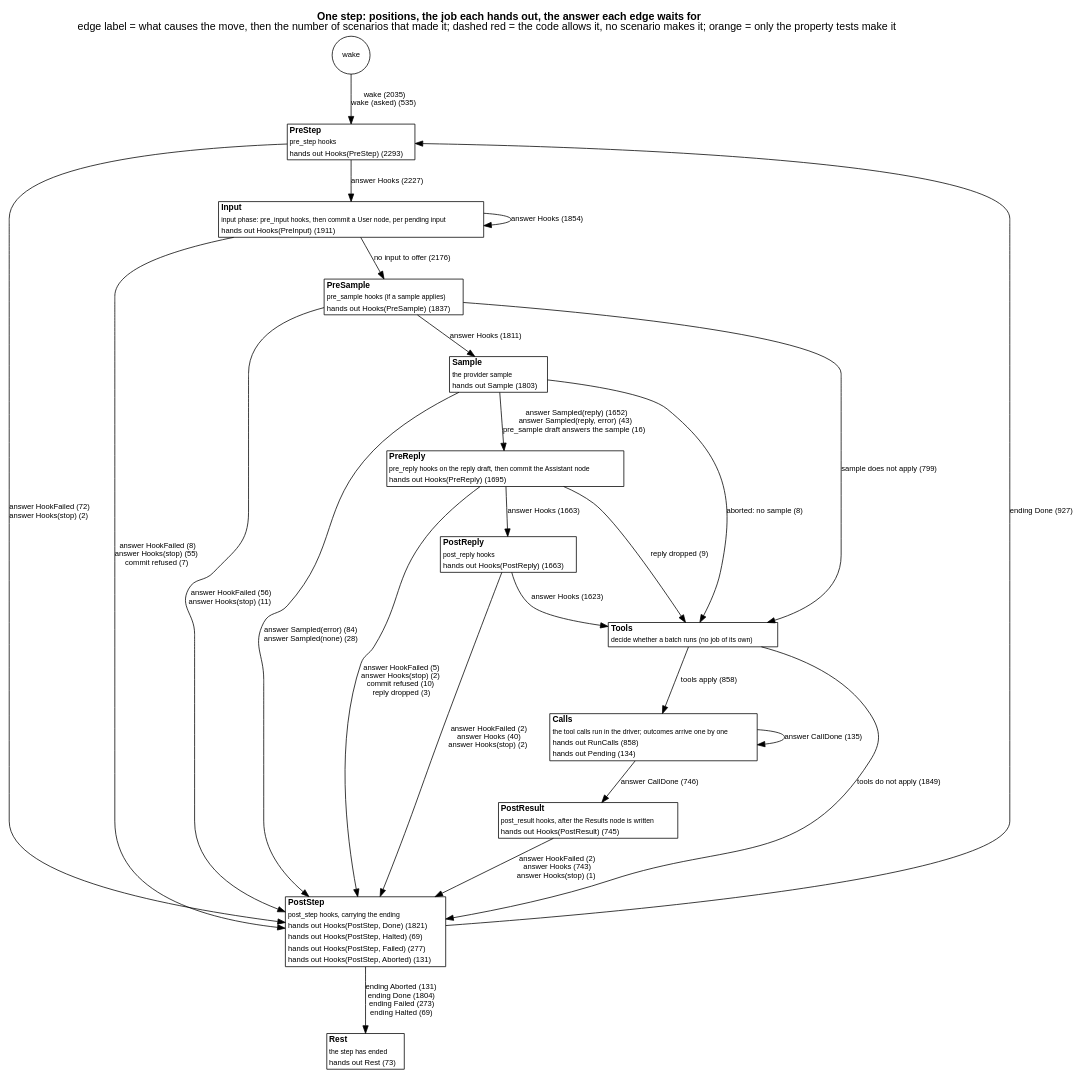
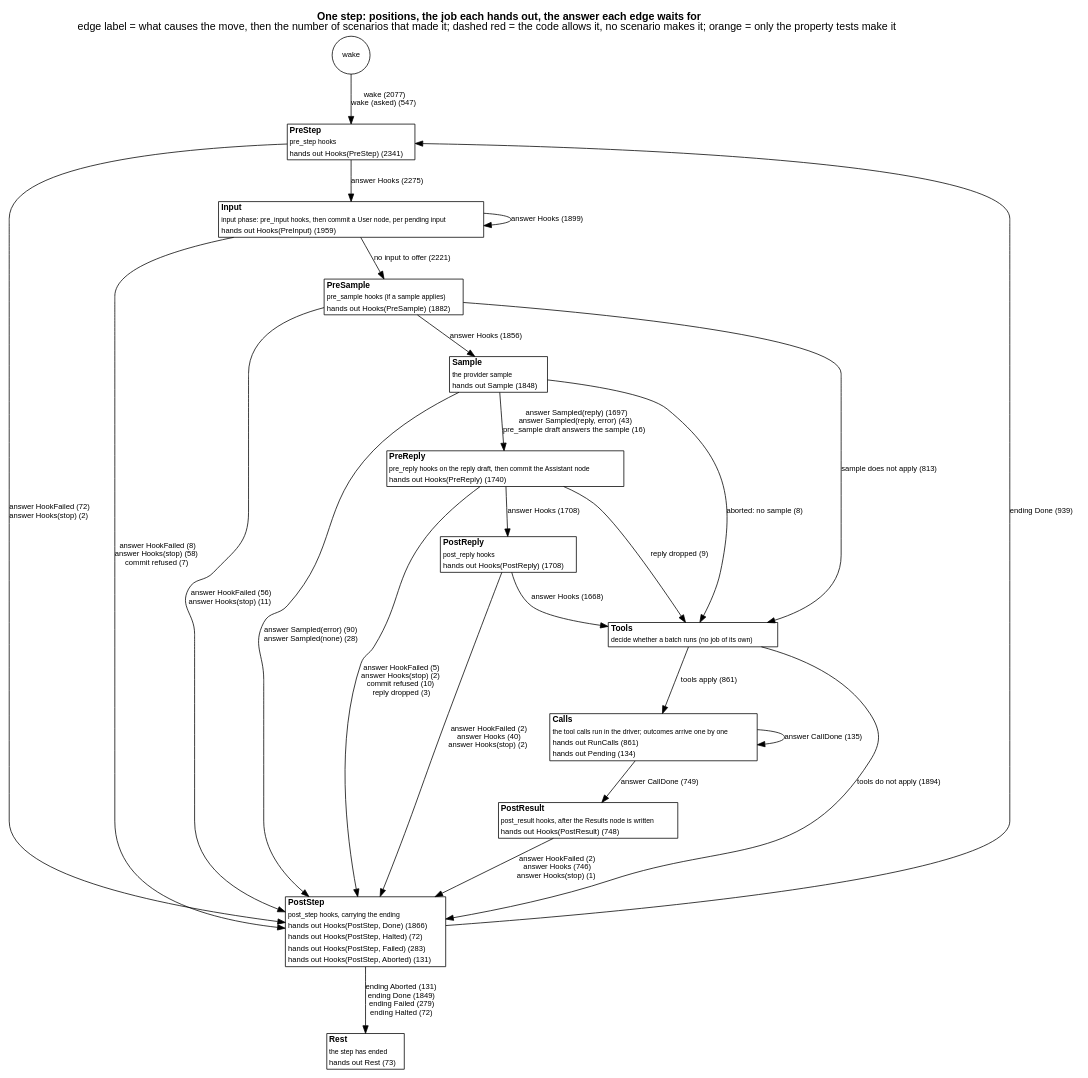
Before and after one commit to jmccardle/tau: the diagram in docs/as-built/diagrams/step-positions.dot, drawn with Graphviz. The commit also changed 4 other files, not shown here.

Commit message:
as-built diagrams: refreshed (D32's types and the lifecycle tests' step positions)

```diff
--- a/docs/as-built/diagrams/step-positions.dot
+++ b/docs/as-built/diagrams/step-positions.dot
@@ -1,42 +1,42 @@
 // Generated by scripts/diagrams.sh from the test suites' transitions. Do not edit.
 digraph step_positions {
   graph [rankdir=TB, fontname="Helvetica", nodesep=0.5, ranksep=0.6, labelloc=t, label=<<b>One step: positions, the job each hands out, the answer each edge waits for</b><br/>edge label = what causes the move, then the number of scenarios that made it; dashed red = the code allows it, no scenario makes it; orange = only the property tests make it>];
   node [shape=plain, fontname="Helvetica", fontsize=11];
   edge [fontname="Helvetica", fontsize=10];
   "(wake)" [shape=circle, label="wake", fontsize=10];
-  "PreStep" [label=<<table border="1" cellborder="0" cellspacing="0" bgcolor="white"><tr><td align="left"><b>PreStep</b></td></tr><tr><td align="left"><font point-size="9">pre_step hooks</font></td></tr><tr><td align="left"><font color="black" point-size="10">hands out Hooks(PreStep) (2293)</font></td></tr></table>>];
-  "Input" [label=<<table border="1" cellborder="0" cellspacing="0" bgcolor="white"><tr><td align="left"><b>Input</b></td></tr><tr><td align="left"><font point-size="9">input phase: pre_input hooks, then commit a User node, per pending input</font></td></tr><tr><td align="left"><font color="black" point-size="10">hands out Hooks(PreInput) (1911)</font></td></tr></table>>];
-  "PreSample" [label=<<table border="1" cellborder="0" cellspacing="0" bgcolor="white"><tr><td align="left"><b>PreSample</b></td></tr><tr><td align="left"><font point-size="9">pre_sample hooks (if a sample applies)</font></td></tr><tr><td align="left"><font color="black" point-size="10">hands out Hooks(PreSample) (1837)</font></td></tr></table>>];
-  "Sample" [label=<<table border="1" cellborder="0" cellspacing="0" bgcolor="white"><tr><td align="left"><b>Sample</b></td></tr><tr><td align="left"><font point-size="9">the provider sample</font></td></tr><tr><td align="left"><font color="black" point-size="10">hands out Sample (1803)</font></td></tr></table>>];
-  "PreReply" [label=<<table border="1" cellborder="0" cellspacing="0" bgcolor="white"><tr><td align="left"><b>PreReply</b></td></tr><tr><td align="left"><font point-size="9">pre_reply hooks on the reply draft, then commit the Assistant node</font></td></tr><tr><td align="left"><font color="black" point-size="10">hands out Hooks(PreReply) (1695)</font></td></tr></table>>];
-  "PostReply" [label=<<table border="1" cellborder="0" cellspacing="0" bgcolor="white"><tr><td align="left"><b>PostReply</b></td></tr><tr><td align="left"><font point-size="9">post_reply hooks</font></td></tr><tr><td align="left"><font color="black" point-size="10">hands out Hooks(PostReply) (1663)</font></td></tr></table>>];
+  "PreStep" [label=<<table border="1" cellborder="0" cellspacing="0" bgcolor="white"><tr><td align="left"><b>PreStep</b></td></tr><tr><td align="left"><font point-size="9">pre_step hooks</font></td></tr><tr><td align="left"><font color="black" point-size="10">hands out Hooks(PreStep) (2341)</font></td></tr></table>>];
+  "Input" [label=<<table border="1" cellborder="0" cellspacing="0" bgcolor="white"><tr><td align="left"><b>Input</b></td></tr><tr><td align="left"><font point-size="9">input phase: pre_input hooks, then commit a User node, per pending input</font></td></tr><tr><td align="left"><font color="black" point-size="10">hands out Hooks(PreInput) (1959)</font></td></tr></table>>];
+  "PreSample" [label=<<table border="1" cellborder="0" cellspacing="0" bgcolor="white"><tr><td align="left"><b>PreSample</b></td></tr><tr><td align="left"><font point-size="9">pre_sample hooks (if a sample applies)</font></td></tr><tr><td align="left"><font color="black" point-size="10">hands out Hooks(PreSample) (1882)</font></td></tr></table>>];
+  "Sample" [label=<<table border="1" cellborder="0" cellspacing="0" bgcolor="white"><tr><td align="left"><b>Sample</b></td></tr><tr><td align="left"><font point-size="9">the provider sample</font></td></tr><tr><td align="left"><font color="black" point-size="10">hands out Sample (1848)</font></td></tr></table>>];
+  "PreReply" [label=<<table border="1" cellborder="0" cellspacing="0" bgcolor="white"><tr><td align="left"><b>PreReply</b></td></tr><tr><td align="left"><font point-size="9">pre_reply hooks on the reply draft, then commit the Assistant node</font></td></tr><tr><td align="left"><font color="black" point-size="10">hands out Hooks(PreReply) (1740)</font></td></tr></table>>];
+  "PostReply" [label=<<table border="1" cellborder="0" cellspacing="0" bgcolor="white"><tr><td align="left"><b>PostReply</b></td></tr><tr><td align="left"><font point-size="9">post_reply hooks</font></td></tr><tr><td align="left"><font color="black" point-size="10">hands out Hooks(PostReply) (1708)</font></td></tr></table>>];
   "Tools" [label=<<table border="1" cellborder="0" cellspacing="0" bgcolor="white"><tr><td align="left"><b>Tools</b></td></tr><tr><td align="left"><font point-size="9">decide whether a batch runs (no job of its own)</font></td></tr></table>>];
-  "Calls" [label=<<table border="1" cellborder="0" cellspacing="0" bgcolor="white"><tr><td align="left"><b>Calls</b></td></tr><tr><td align="left"><font point-size="9">the tool calls run in the driver; outcomes arrive one by one</font></td></tr><tr><td align="left"><font color="black" point-size="10">hands out RunCalls (858)</font></td></tr><tr><td align="left"><font color="black" point-size="10">hands out Pending (134)</font></td></tr></table>>];
-  "PostResult" [label=<<table border="1" cellborder="0" cellspacing="0" bgcolor="white"><tr><td align="left"><b>PostResult</b></td></tr><tr><td align="left"><font point-size="9">post_result hooks, after the Results node is written</font></td></tr><tr><td align="left"><font color="black" point-size="10">hands out Hooks(PostResult) (745)</font></td></tr></table>>];
-  "PostStep" [label=<<table border="1" cellborder="0" cellspacing="0" bgcolor="white"><tr><td align="left"><b>PostStep</b></td></tr><tr><td align="left"><font point-size="9">post_step hooks, carrying the ending</font></td></tr><tr><td align="left"><font color="black" point-size="10">hands out Hooks(PostStep, Done) (1821)</font></td></tr><tr><td align="left"><font color="black" point-size="10">hands out Hooks(PostStep, Halted) (69)</font></td></tr><tr><td align="left"><font color="black" point-size="10">hands out Hooks(PostStep, Failed) (277)</font></td></tr><tr><td align="left"><font color="black" point-size="10">hands out Hooks(PostStep, Aborted) (131)</font></td></tr></table>>];
+  "Calls" [label=<<table border="1" cellborder="0" cellspacing="0" bgcolor="white"><tr><td align="left"><b>Calls</b></td></tr><tr><td align="left"><font point-size="9">the tool calls run in the driver; outcomes arrive one by one</font></td></tr><tr><td align="left"><font color="black" point-size="10">hands out RunCalls (861)</font></td></tr><tr><td align="left"><font color="black" point-size="10">hands out Pending (134)</font></td></tr></table>>];
+  "PostResult" [label=<<table border="1" cellborder="0" cellspacing="0" bgcolor="white"><tr><td align="left"><b>PostResult</b></td></tr><tr><td align="left"><font point-size="9">post_result hooks, after the Results node is written</font></td></tr><tr><td align="left"><font color="black" point-size="10">hands out Hooks(PostResult) (748)</font></td></tr></table>>];
+  "PostStep" [label=<<table border="1" cellborder="0" cellspacing="0" bgcolor="white"><tr><td align="left"><b>PostStep</b></td></tr><tr><td align="left"><font point-size="9">post_step hooks, carrying the ending</font></td></tr><tr><td align="left"><font color="black" point-size="10">hands out Hooks(PostStep, Done) (1866)</font></td></tr><tr><td align="left"><font color="black" point-size="10">hands out Hooks(PostStep, Halted) (72)</font></td></tr><tr><td align="left"><font color="black" point-size="10">hands out Hooks(PostStep, Failed) (283)</font></td></tr><tr><td align="left"><font color="black" point-size="10">hands out Hooks(PostStep, Aborted) (131)</font></td></tr></table>>];
   "Rest" [label=<<table border="1" cellborder="0" cellspacing="0" bgcolor="white"><tr><td align="left"><b>Rest</b></td></tr><tr><td align="left"><font point-size="9">the step has ended</font></td></tr><tr><td align="left"><font color="black" point-size="10">hands out Rest (73)</font></td></tr></table>>];
-  "(wake)" -> "PreStep" [label=<wake (2035)<br/>wake (asked) (535)>, color="black", style=solid];
+  "(wake)" -> "PreStep" [label=<wake (2077)<br/>wake (asked) (547)>, color="black", style=solid];
   "Calls" -> "Calls" [label=<answer CallDone (135)>, color="black", style=solid];
-  "Calls" -> "PostResult" [label=<answer CallDone (746)>, color="black", style=solid];
-  "Input" -> "Input" [label=<answer Hooks (1854)>, color="black", style=solid];
-  "Input" -> "PostStep" [label=<answer HookFailed (8)<br/>answer Hooks(stop) (55)<br/>commit refused (7)>, color="black", style=solid];
-  "Input" -> "PreSample" [label=<no input to offer (2176)>, color="black", style=solid];
+  "Calls" -> "PostResult" [label=<answer CallDone (749)>, color="black", style=solid];
+  "Input" -> "Input" [label=<answer Hooks (1899)>, color="black", style=solid];
+  "Input" -> "PostStep" [label=<answer HookFailed (8)<br/>answer Hooks(stop) (58)<br/>commit refused (7)>, color="black", style=solid];
+  "Input" -> "PreSample" [label=<no input to offer (2221)>, color="black", style=solid];
   "PostReply" -> "PostStep" [label=<answer HookFailed (2)<br/>answer Hooks (40)<br/>answer Hooks(stop) (2)>, color="black", style=solid];
-  "PostReply" -> "Tools" [label=<answer Hooks (1623)>, color="black", style=solid];
-  "PostResult" -> "PostStep" [label=<answer HookFailed (2)<br/>answer Hooks (743)<br/>answer Hooks(stop) (1)>, color="black", style=solid];
-  "PostStep" -> "PreStep" [label=<ending Done (927)>, color="black", style=solid];
-  "PostStep" -> "Rest" [label=<ending Aborted (131)<br/>ending Done (1804)<br/>ending Failed (273)<br/>ending Halted (69)>, color="black", style=solid];
-  "PreReply" -> "PostReply" [label=<answer Hooks (1663)>, color="black", style=solid];
+  "PostReply" -> "Tools" [label=<answer Hooks (1668)>, color="black", style=solid];
+  "PostResult" -> "PostStep" [label=<answer HookFailed (2)<br/>answer Hooks (746)<br/>answer Hooks(stop) (1)>, color="black", style=solid];
+  "PostStep" -> "PreStep" [label=<ending Done (939)>, color="black", style=solid];
+  "PostStep" -> "Rest" [label=<ending Aborted (131)<br/>ending Done (1849)<br/>ending Failed (279)<br/>ending Halted (72)>, color="black", style=solid];
+  "PreReply" -> "PostReply" [label=<answer Hooks (1708)>, color="black", style=solid];
   "PreReply" -> "PostStep" [label=<answer HookFailed (5)<br/>answer Hooks(stop) (2)<br/>commit refused (10)<br/>reply dropped (3)>, color="black", style=solid];
   "PreReply" -> "Tools" [label=<reply dropped (9)>, color="black", style=solid];
   "PreSample" -> "PostStep" [label=<answer HookFailed (56)<br/>answer Hooks(stop) (11)>, color="black", style=solid];
-  "PreSample" -> "Sample" [label=<answer Hooks (1811)>, color="black", style=solid];
-  "PreSample" -> "Tools" [label=<sample does not apply (799)>, color="black", style=solid];
-  "PreStep" -> "Input" [label=<answer Hooks (2227)>, color="black", style=solid];
+  "PreSample" -> "Sample" [label=<answer Hooks (1856)>, color="black", style=solid];
+  "PreSample" -> "Tools" [label=<sample does not apply (813)>, color="black", style=solid];
+  "PreStep" -> "Input" [label=<answer Hooks (2275)>, color="black", style=solid];
   "PreStep" -> "PostStep" [label=<answer HookFailed (72)<br/>answer Hooks(stop) (2)>, color="black", style=solid];
-  "Sample" -> "PostStep" [label=<answer Sampled(error) (84)<br/>answer Sampled(none) (28)>, color="black", style=solid];
-  "Sample" -> "PreReply" [label=<answer Sampled(reply) (1652)<br/>answer Sampled(reply, error) (43)<br/>pre_sample draft answers the sample (16)>, color="black", style=solid];
+  "Sample" -> "PostStep" [label=<answer Sampled(error) (90)<br/>answer Sampled(none) (28)>, color="black", style=solid];
+  "Sample" -> "PreReply" [label=<answer Sampled(reply) (1697)<br/>answer Sampled(reply, error) (43)<br/>pre_sample draft answers the sample (16)>, color="black", style=solid];
   "Sample" -> "Tools" [label=<aborted: no sample (8)>, color="black", style=solid];
-  "Tools" -> "Calls" [label=<tools apply (858)>, color="black", style=solid];
-  "Tools" -> "PostStep" [label=<tools do not apply (1849)>, color="black", style=solid];
+  "Tools" -> "Calls" [label=<tools apply (861)>, color="black", style=solid];
+  "Tools" -> "PostStep" [label=<tools do not apply (1894)>, color="black", style=solid];
 }
```
